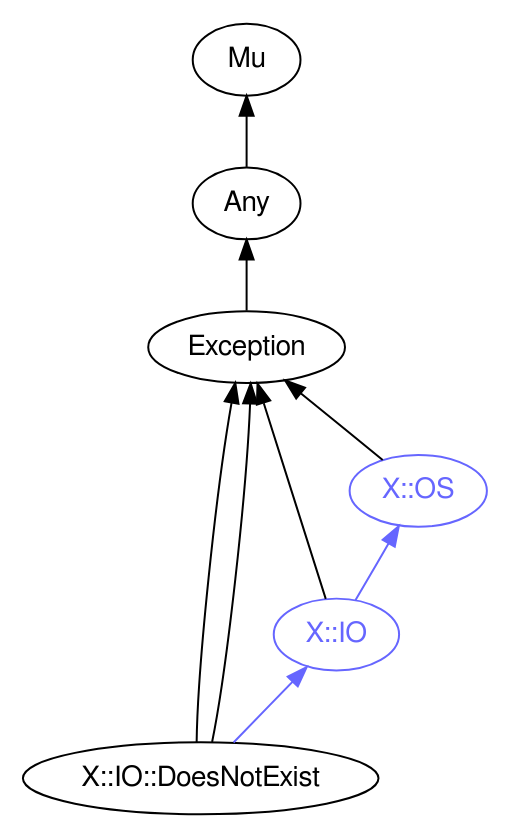
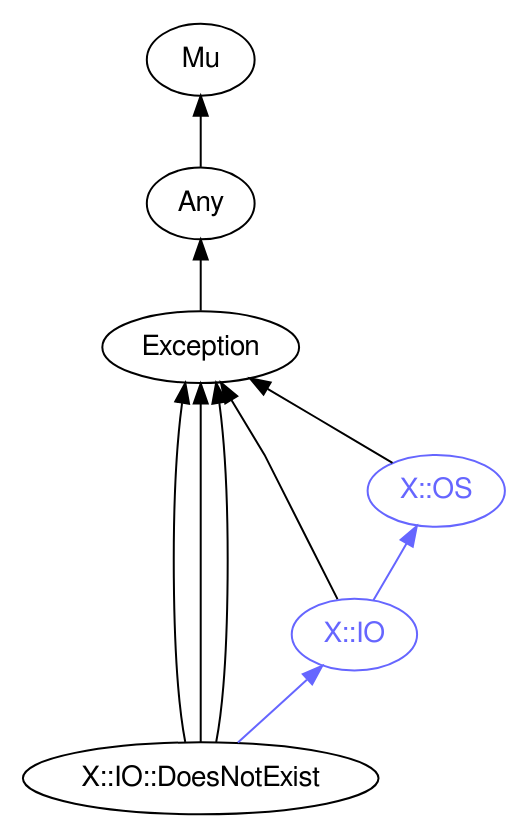
The diagram in images/type-graph-X::IO::DoesNotExist.svg.dot (perl6docs/perl6docs.github.io), drawn with Graphviz before and after one commit. The commit also changed 4386 other files, not shown here.

Commit message:
Version with Failure graph

```diff
--- a/images/type-graph-X::IO::DoesNotExist.svg.dot
+++ b/images/type-graph-X::IO::DoesNotExist.svg.dot
@@ -1,24 +1,25 @@
 digraph "perl6-type-graph" {
     rankdir=BT;
     splines=polyline;
     overlap=false; 
     // Types
     "X::IO::DoesNotExist" [color="#000000", fontcolor="#000000", href="/type/X::IO::DoesNotExist", fontname="FreeSans"];
     "Mu" [color="#000000", fontcolor="#000000", href="/type/Mu", fontname="FreeSans"];
     "Any" [color="#000000", fontcolor="#000000", href="/type/Any", fontname="FreeSans"];
     "Exception" [color="#000000", fontcolor="#000000", href="/type/Exception", fontname="FreeSans"];
     "X::OS" [color="#6666FF", fontcolor="#6666FF", href="/type/X::OS", fontname="FreeSans"];
     "X::IO" [color="#6666FF", fontcolor="#6666FF", href="/type/X::IO", fontname="FreeSans"];
 
     // Superclasses
     "X::IO::DoesNotExist" -> "Exception" [color="#000000"];
     "X::IO::DoesNotExist" -> "Exception" [color="#000000"];
+    "X::IO::DoesNotExist" -> "Exception" [color="#000000"];
     "Any" -> "Mu" [color="#000000"];
     "Exception" -> "Any" [color="#000000"];
     "X::OS" -> "Exception" [color="#000000"];
     "X::IO" -> "Exception" [color="#000000"];
 
     // Roles
     "X::IO::DoesNotExist" -> "X::IO" [color="#6666FF"];
     "X::IO" -> "X::OS" [color="#6666FF"];
 }
```
